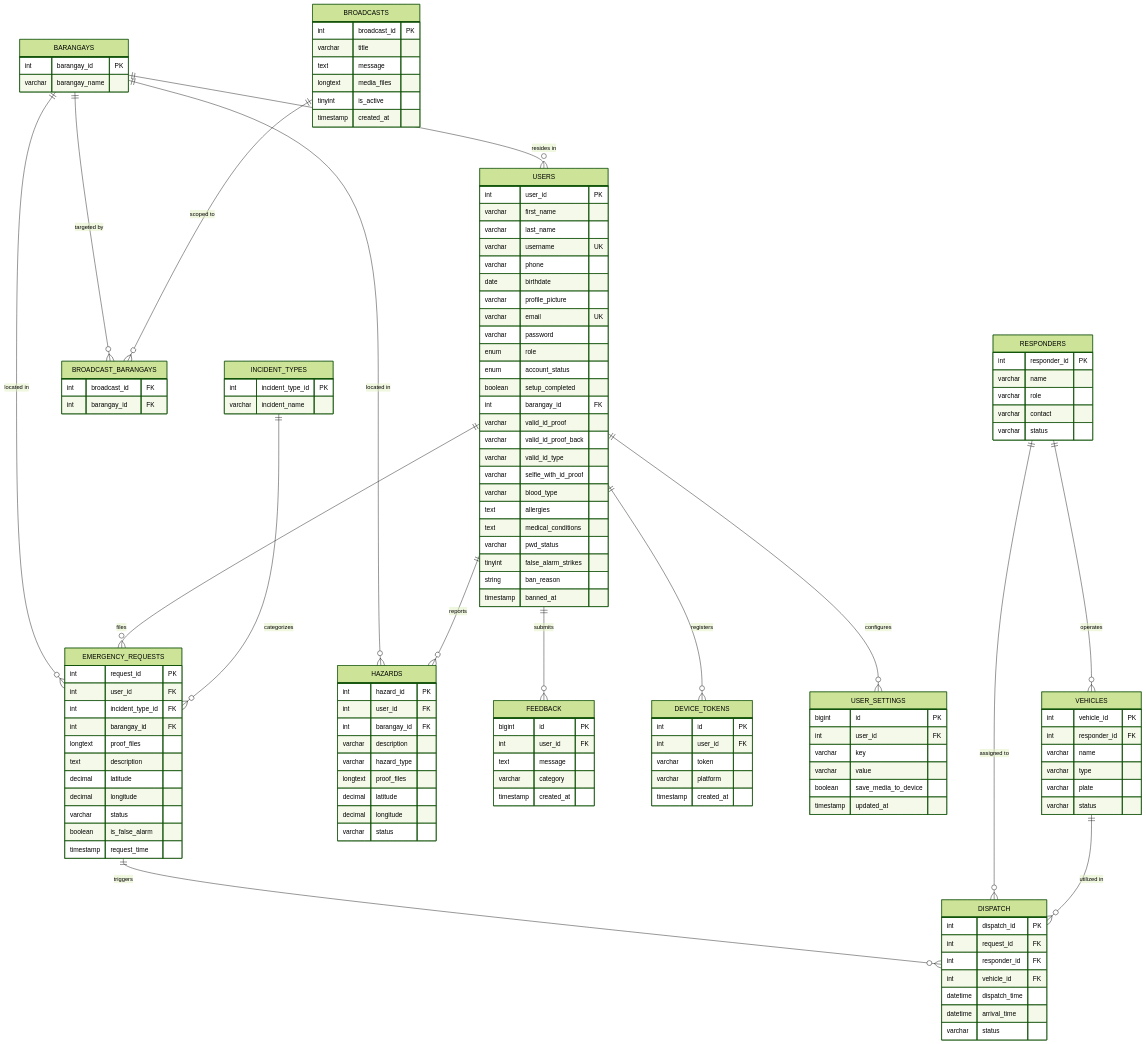
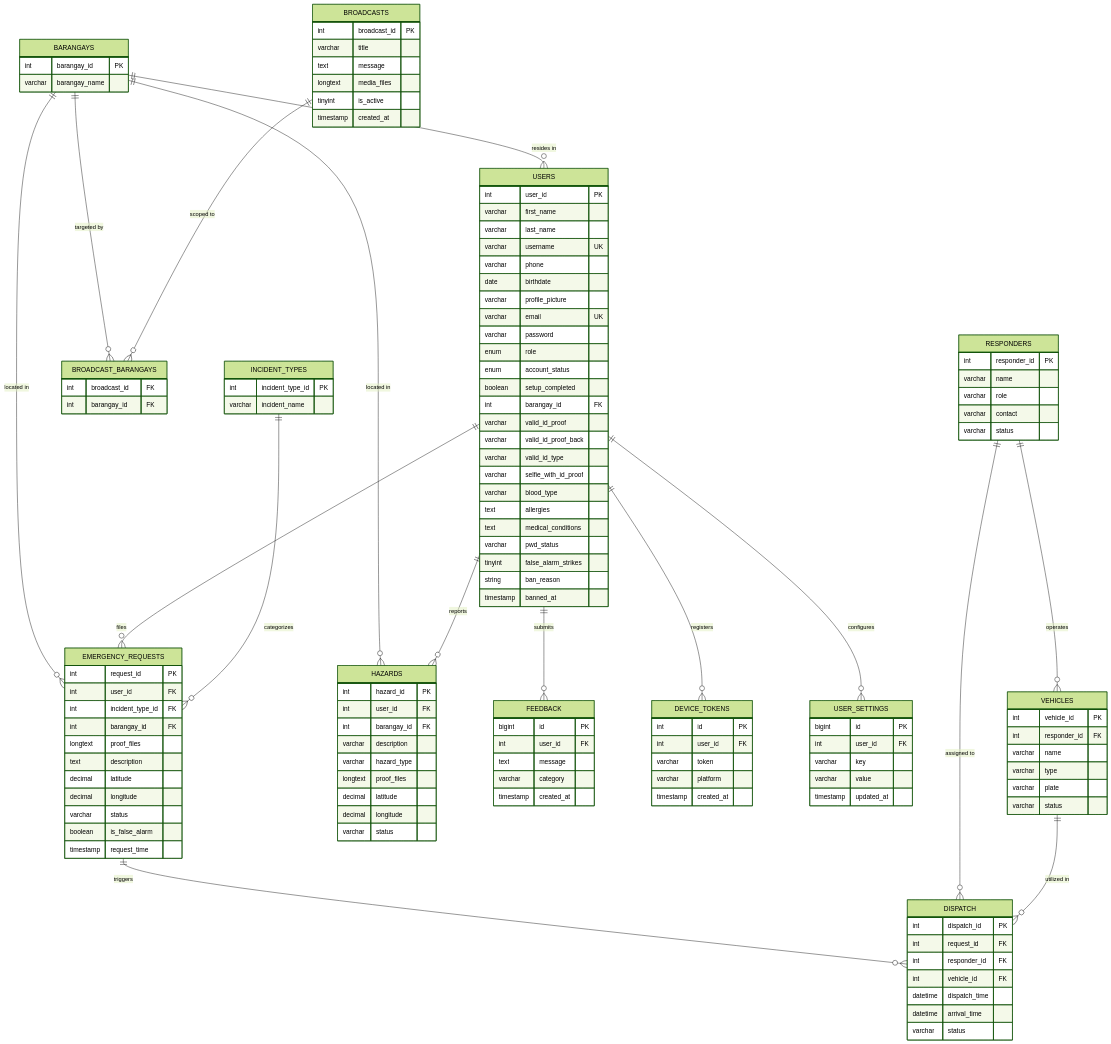
Before and after one commit to ejhay26/Location-based-Emergency-Response-App-for-SINE-MDRRMO: the diagram in docs/architecture/database-schema.md, drawn with Mermaid (forest theme). The commit also changed other lines of this file, not shown here.

Commit message:
feat: update user preferences schema with default values and remove obsolete field

````diff
--- a/docs/architecture/database-schema.md
+++ b/docs/architecture/database-schema.md
@@ -138,7 +138,6 @@
         int user_id FK
         varchar key
         varchar value
-        boolean save_media_to_device
         timestamp updated_at
     }
 ```
````
